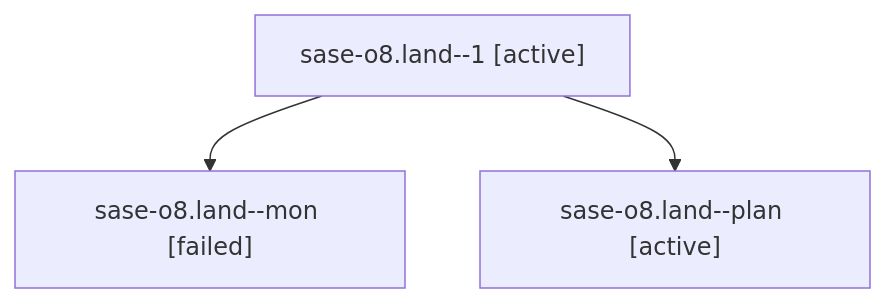
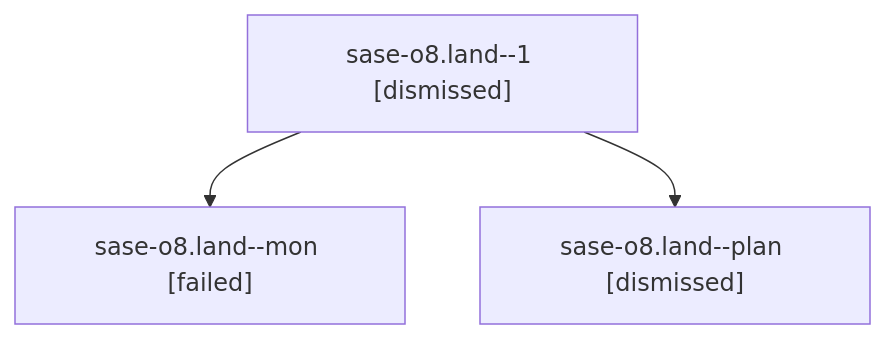
One commit to sase-org/sase--agents changed the diagram in sessions/bbugyi200.athena.sase-o8.land.md. Above: the diagram before and after it, drawn with Mermaid. The commit also changed other lines of this file and 134 other files, not shown here.

````diff
--- a/sessions/bbugyi200.athena.sase-o8.land.md
+++ b/sessions/bbugyi200.athena.sase-o8.land.md
@@ -9,8 +9,8 @@
 ```mermaid
 flowchart TD
-  n0["sase-o8.land--1 [active]"]
+  n0["sase-o8.land--1 [dismissed]"]
   n1["sase-o8.land--mon [failed]"]
   n0 --> n1
-  n2["sase-o8.land--plan [active]"]
+  n2["sase-o8.land--plan [dismissed]"]
   n0 --> n2
 ```
````
